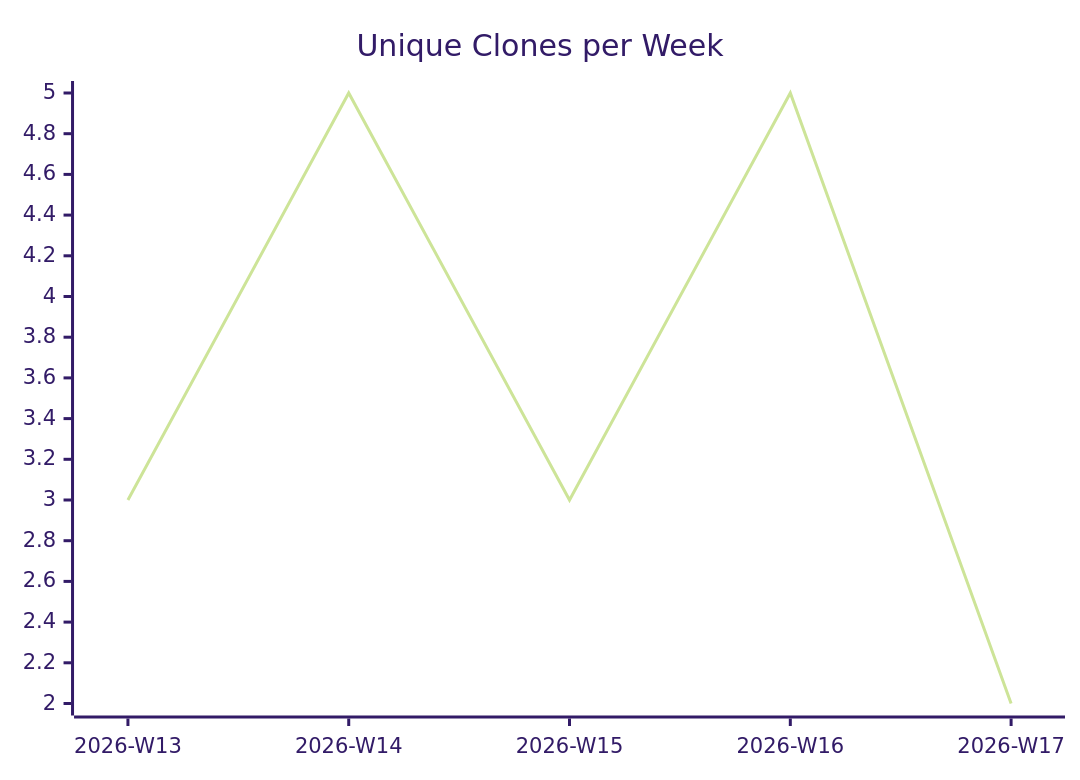
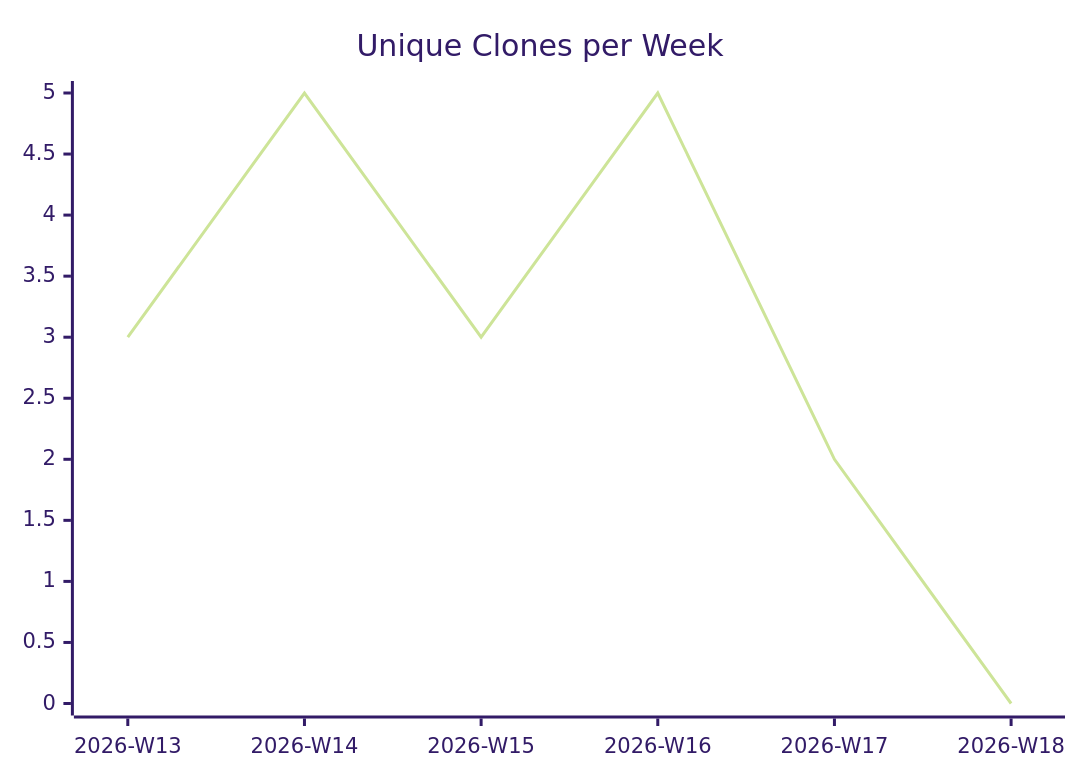
Before and after one commit to justdavis-family/github-analytics-data: the third of 3 diagrams in karlmdavis/ansible-role-bind-dns/README.md, drawn with Mermaid (forest theme). The commit also changed other lines of this file and 184 other files, not shown here.

````diff
--- a/karlmdavis/ansible-role-bind-dns/README.md
+++ b/karlmdavis/ansible-role-bind-dns/README.md
@@ -19,6 +19,6 @@
 ```mermaid
 xychart-beta
   title "Unique Clones per Week"
-  x-axis ["2026-W13", "2026-W14", "2026-W15", "2026-W16", "2026-W17"]
-  line [3, 5, 3, 5, 2]
+  x-axis ["2026-W13", "2026-W14", "2026-W15", "2026-W16", "2026-W17", "2026-W18"]
+  line [3, 5, 3, 5, 2, 0]
 ```
````
